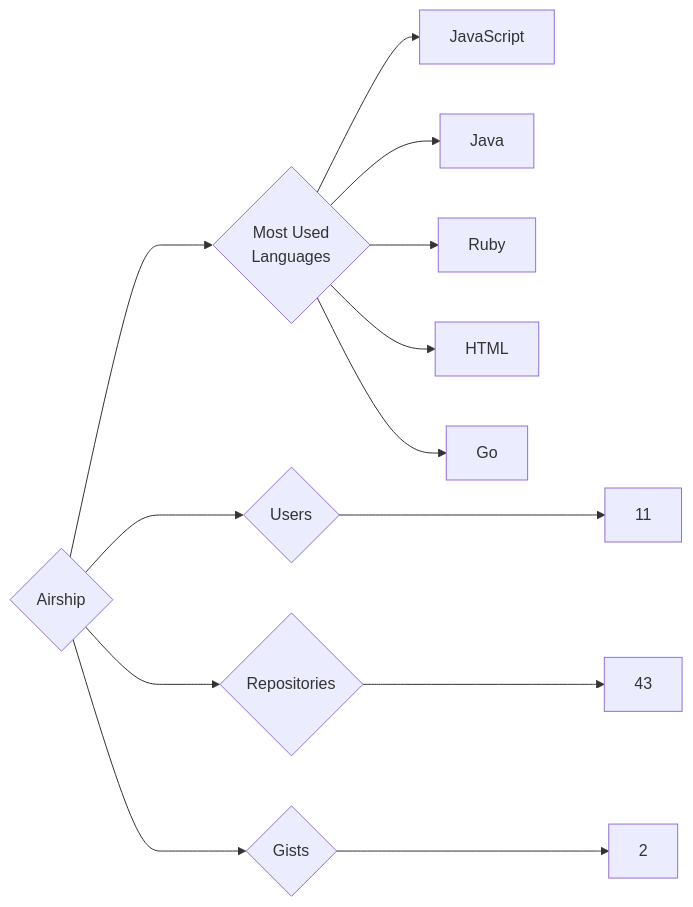
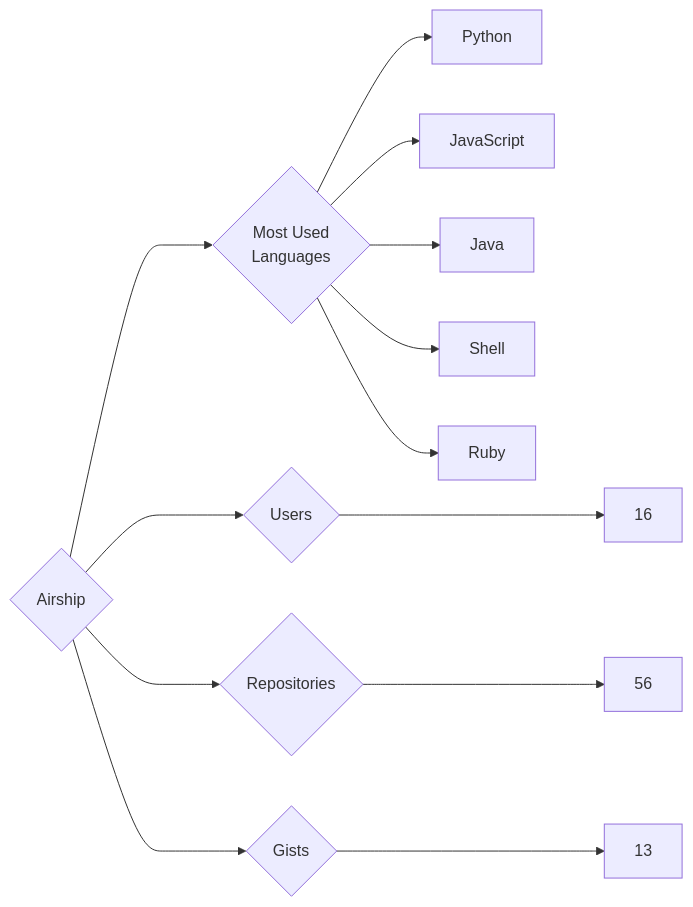
One commit to trickest/insiders changed the diagram in targets/Airship/README.md. Above: the diagram before and after it, drawn with Mermaid. The commit also changed 720 other files, not shown here.

````diff
--- a/targets/Airship/README.md
+++ b/targets/Airship/README.md
@@ -3,13 +3,13 @@
 ```mermaid
 graph LR
 COMPANY_NAME{Airship}
-COMPANY_NAME ---> U{Users} ---> UN[11]
-COMPANY_NAME ---> R{Repositories} ---> RN[43]
-COMPANY_NAME ---> G{Gists} ---> GN[2]
+COMPANY_NAME ---> U{Users} ---> UN[16]
+COMPANY_NAME ---> R{Repositories} ---> RN[56]
+COMPANY_NAME ---> G{Gists} ---> GN[13]
 COMPANY_NAME ---> ML{Most Used<br>Languages}
+ML --> Python[Python]
 ML --> JavaScript[JavaScript]
 ML --> Java[Java]
+ML --> Shell[Shell]
 ML --> Ruby[Ruby]
-ML --> HTML[HTML]
-ML --> Go[Go]
 ```
````
